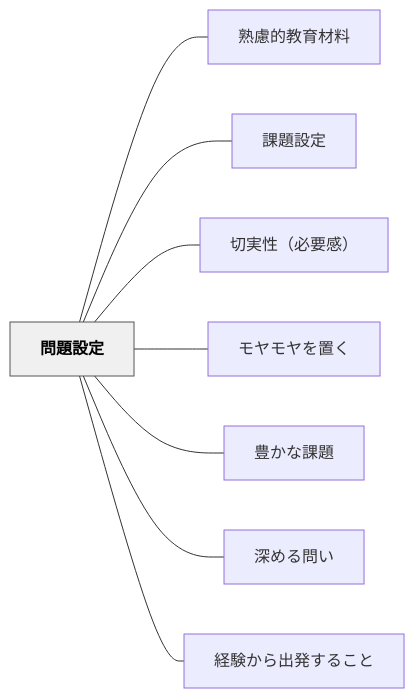
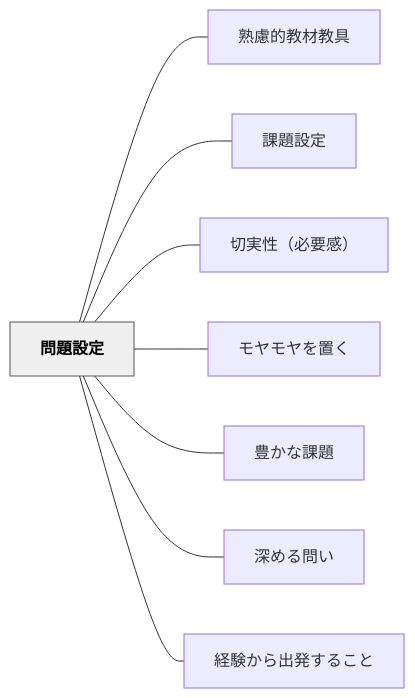
One commit to unknownthings-ed-patterns/unknownthings-ed-patterns changed the diagram in content/パタン/問題設定.md. Above: the diagram before and after it, drawn with Mermaid. The commit also changed other lines of this file and 72 other files, not shown here.

````diff
--- a/content/パタン/問題設定.md
+++ b/content/パタン/問題設定.md
@@ -49,22 +49,22 @@
 ```mermaid
 flowchart LR
     ne5958fe9a18ce8a8ade5ae9a["問題設定"]
-    ne7869fe685aee79a84e69599e882b2e69d90e69699["熟慮的教育材料"]
+    ne7869fe685aee79a84e69599e69d90e69599e585b7["熟慮的教材教具"]
     ne8aab2e9a18ce8a8ade5ae9a["課題設定"]
     ne58887e5ae9fe680a7efbc88e5bf85e8a681e6849fefbc89["切実性（必要感）"]
     ne383a2e383a4e383a2e383a4e38292e7bdaee3818f["モヤモヤを置く"]
     ne8b18ae3818be381aae8aab2e9a18c["豊かな課題"]
     ne6b7b1e38281e3828be5958fe38184["深める問い"]
     ne7b58ce9a893e3818be38289e587bae799bae38199e3828be38193e381a8["経験から出発すること"]
 
-    ne5958fe9a18ce8a8ade5ae9a --- ne7869fe685aee79a84e69599e882b2e69d90e69699
+    ne5958fe9a18ce8a8ade5ae9a --- ne7869fe685aee79a84e69599e69d90e69599e585b7
     ne5958fe9a18ce8a8ade5ae9a --- ne8aab2e9a18ce8a8ade5ae9a
     ne5958fe9a18ce8a8ade5ae9a --- ne58887e5ae9fe680a7efbc88e5bf85e8a681e6849fefbc89
     ne5958fe9a18ce8a8ade5ae9a --- ne383a2e383a4e383a2e383a4e38292e7bdaee3818f
     ne5958fe9a18ce8a8ade5ae9a --- ne8b18ae3818be381aae8aab2e9a18c
     ne5958fe9a18ce8a8ade5ae9a --- ne6b7b1e38281e3828be5958fe38184
     ne5958fe9a18ce8a8ade5ae9a --- ne7b58ce9a893e3818be38289e587bae799bae38199e3828be38193e381a8
 
     classDef hub fill:#f0f0f0,stroke:#555,color:#000,font-weight:bold
     class ne5958fe9a18ce8a8ade5ae9a hub
 ```
````
